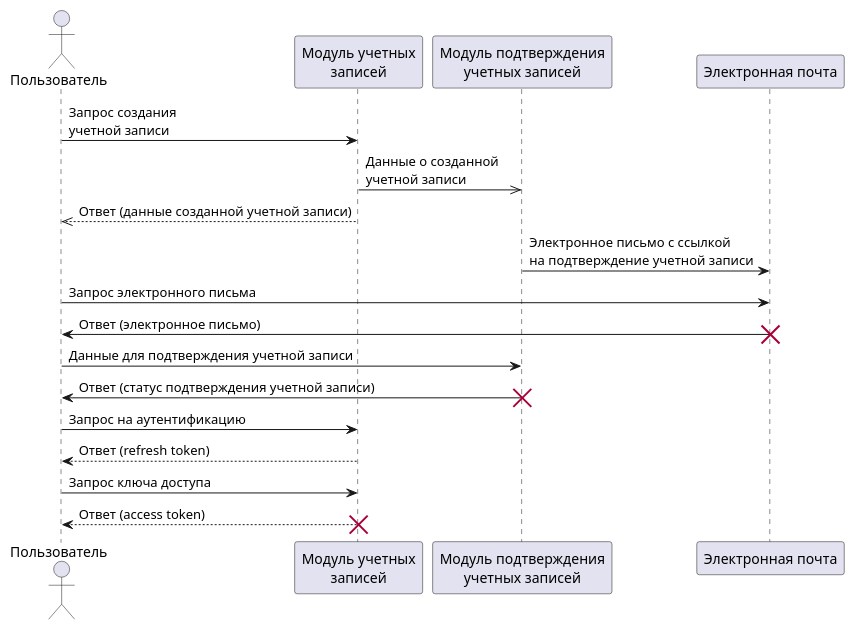
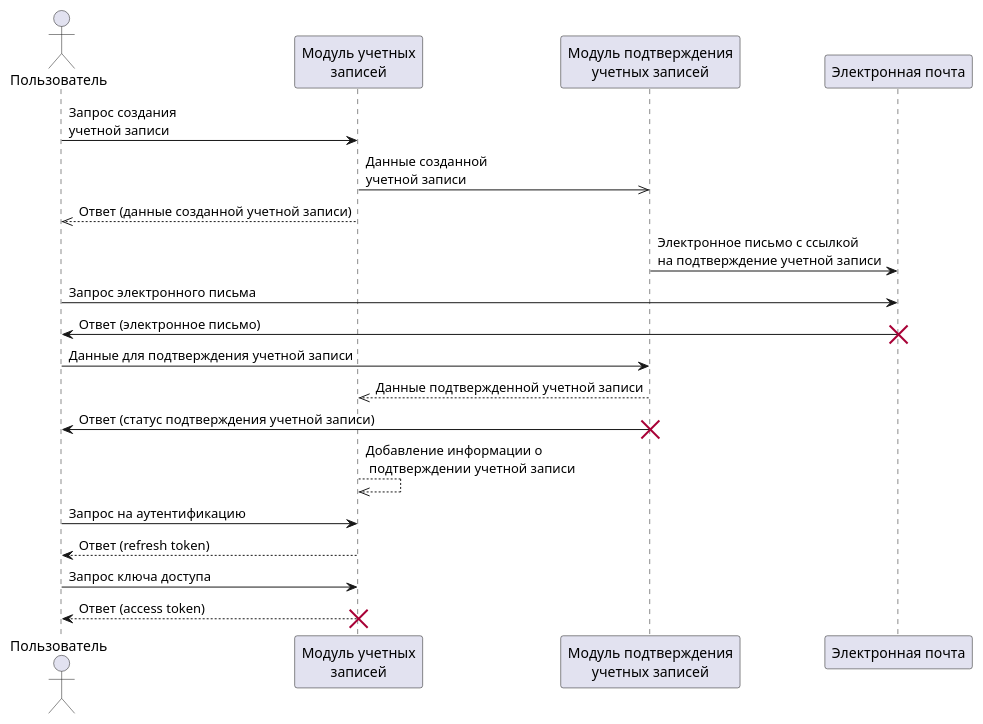
The diagram in app/docs/architecture/Auth.md (bratushkadan/diploma), drawn with PlantUML before and after one commit. The commit also changed other lines of this file, not shown here.

Commit message:
docs(auth):update seq diagram

````diff
--- a/app/docs/architecture/Auth.md
+++ b/app/docs/architecture/Auth.md
@@ -11,27 +11,29 @@
 ```plantuml
 @startuml
 actor Пользователь as u
 participant "Модуль учетных\nзаписей" as a
 participant "Модуль подтверждения\nучетных записей" as ec
 participant "Электронная почта" as e
 
 u->a: Запрос создания \nучетной записи
-a->>ec: Данные о созданной \nучетной записи
+a->>ec: Данные созданной \nучетной записи
 a-->>u: Ответ (данные созданной учетной записи)
 ec->e: Электронное письмо с ссылкой \nна подтверждение учетной записи
 u->e: Запрос электронного письма
 e->u: Ответ (электронное письмо)
 destroy e
 u->ec: Данные для подтверждения учетной записи
+ec-->>a: Данные подтвержденной учетной записи
 ec->u: Ответ (статус подтверждения учетной записи)
 destroy ec
+a-->>a: Добавление информации о\n подтверждении учетной записи
 
 u->a: Запрос на аутентификацию
 a-->u: Ответ (refresh token)
 u->a: Запрос ключа доступа
 a-->u: Ответ (access token)
 
 destroy a
 
 @enduml
 ```
````
